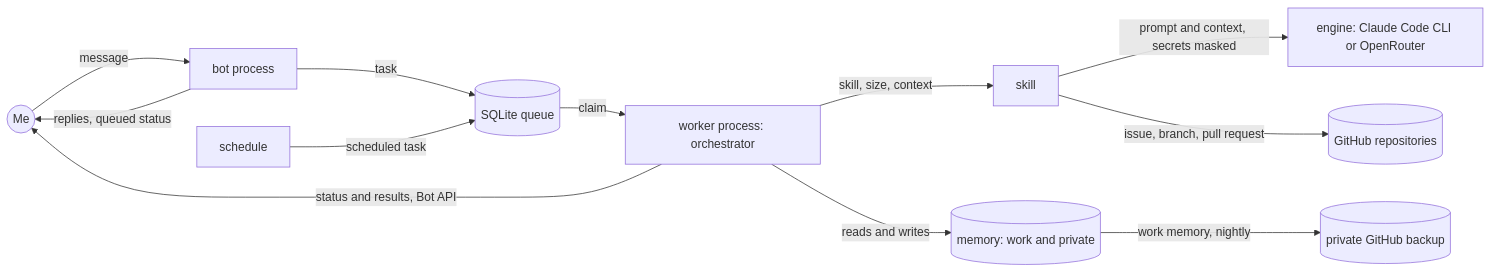
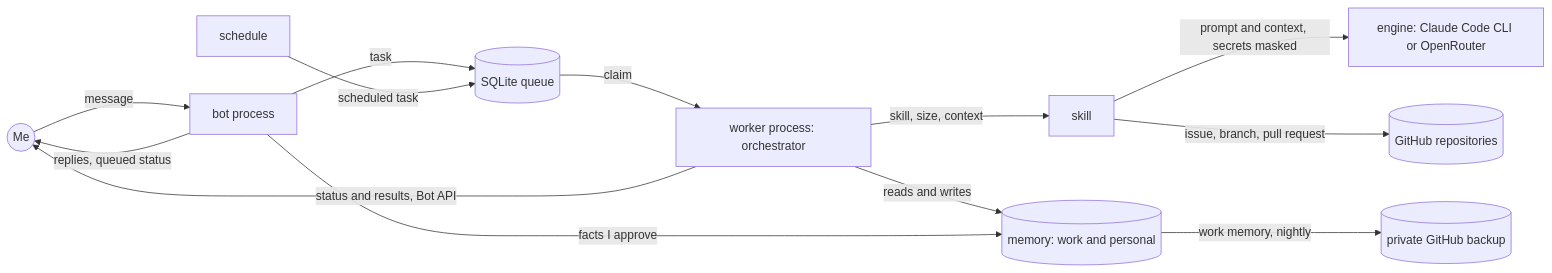
Before and after one commit to ant4x/strata-showcase: the first of 2 diagrams in README.md, drawn with Mermaid. The commit also changed other lines of this file and 6 other files, not shown here.

````diff
--- a/README.md
+++ b/README.md
@@ -27,14 +26,15 @@
 ```mermaid
 flowchart LR
     Me((Me)) -- message --> Bot[bot process]
     Bot -- replies, queued status --> Me
     Bot -- task --> Queue[(SQLite queue)]
     Sched[schedule] -- scheduled task --> Queue
     Queue -- claim --> Orch[worker process: orchestrator]
     Orch -- skill, size, context --> Skill[skill]
     Skill -- prompt and context, secrets masked --> Engine[engine: Claude Code CLI or OpenRouter]
-    Orch -- reads and writes --> Memory[(memory: work and private)]
+    Orch -- reads and writes --> Memory[(memory: work and personal)]
+    Bot -- facts I approve --> Memory
     Memory -- work memory, nightly --> Backup[(private GitHub backup)]
     Skill -- issue, branch, pull request --> Repos[(GitHub repositories)]
     Orch -- status and results, Bot API --> Me
 ```
````
